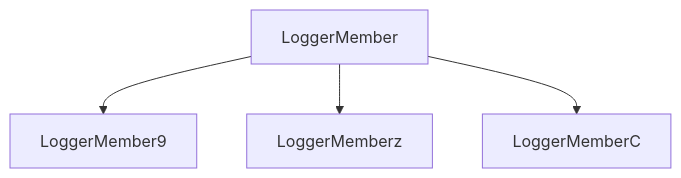
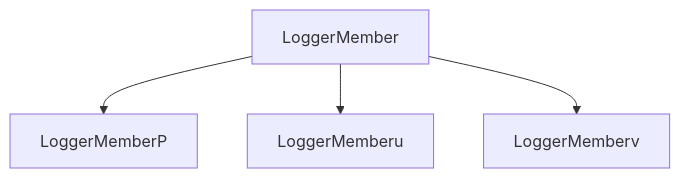
The diagram in mermaid.md (ellementul/uee-core), drawn with Mermaid before and after one commit. The commit also changed 2 other files, not shown here.

Commit message:
Added new event

````diff
--- a/mermaid.md
+++ b/mermaid.md
@@ -1,11 +1,11 @@
 ```mermaid
  flowchart TD
-    k0tnlvzTl4zrsarFArjJL9CABTi8eaKr8pSVVQs8[LoggerMember]
-    9NhQKfv99BkuK[LoggerMember9]
-    zygpYZTXjiPwim9fqagqTKRxSqRmUekIdIHLnS6[LoggerMemberz]
-    CaTyapqFpalYHt0AMYsihCsgOfBp1zeYCPQpx8rG[LoggerMemberC]
+    dl58cFdPkSpg38jOr2W4HYaE0EShu8TKEMt1Pkdh[LoggerMember]
+    PQWn3wENcHXnWb8J8fQjDhEI10tC53WLKEykd6t0[LoggerMemberP]
+    uUnfJLVRxrha1d427xAMvPMQyineq3J6oLpBaVIf[LoggerMemberu]
+    vsDxSGQ4GdWKQGlxC8FmZ7Kw3U2j[LoggerMemberv]
 
-    k0tnlvzTl4zrsarFArjJL9CABTi8eaKr8pSVVQs8 --> 9NhQKfv99BkuK
-    k0tnlvzTl4zrsarFArjJL9CABTi8eaKr8pSVVQs8 --> zygpYZTXjiPwim9fqagqTKRxSqRmUekIdIHLnS6
-    k0tnlvzTl4zrsarFArjJL9CABTi8eaKr8pSVVQs8 --> CaTyapqFpalYHt0AMYsihCsgOfBp1zeYCPQpx8rG
+    dl58cFdPkSpg38jOr2W4HYaE0EShu8TKEMt1Pkdh --> PQWn3wENcHXnWb8J8fQjDhEI10tC53WLKEykd6t0
+    dl58cFdPkSpg38jOr2W4HYaE0EShu8TKEMt1Pkdh --> uUnfJLVRxrha1d427xAMvPMQyineq3J6oLpBaVIf
+    dl58cFdPkSpg38jOr2W4HYaE0EShu8TKEMt1Pkdh --> vsDxSGQ4GdWKQGlxC8FmZ7Kw3U2j
 ```
````
